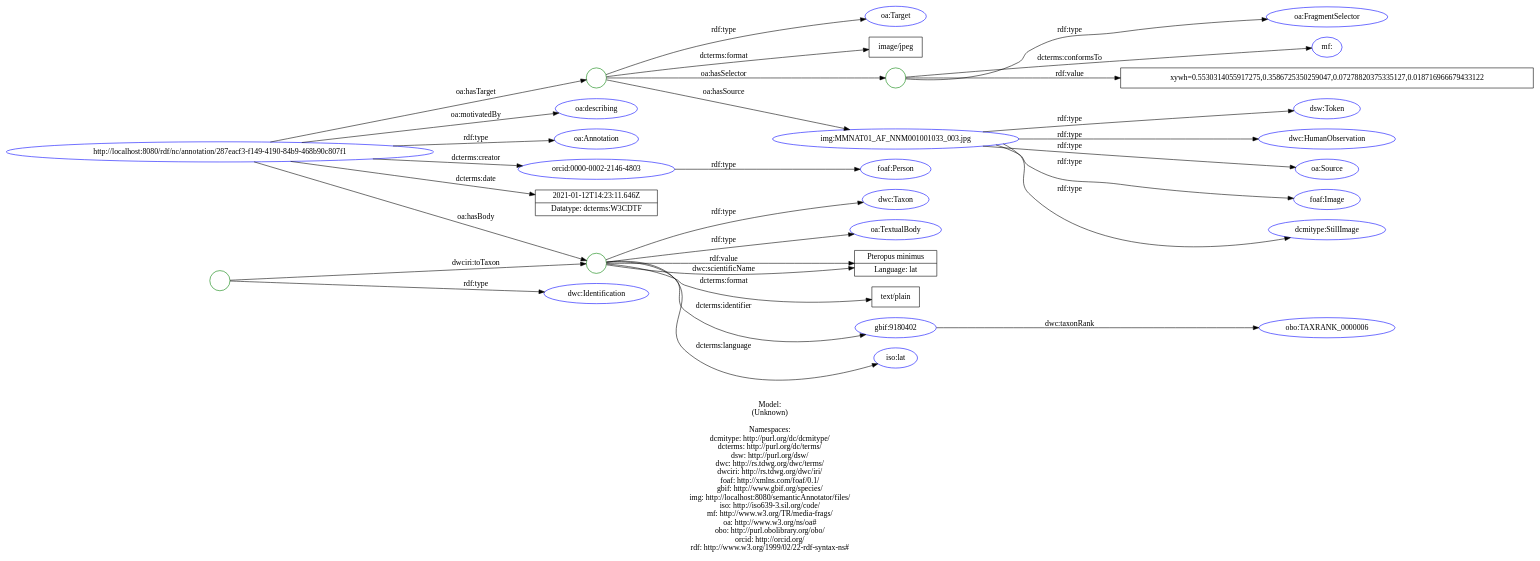
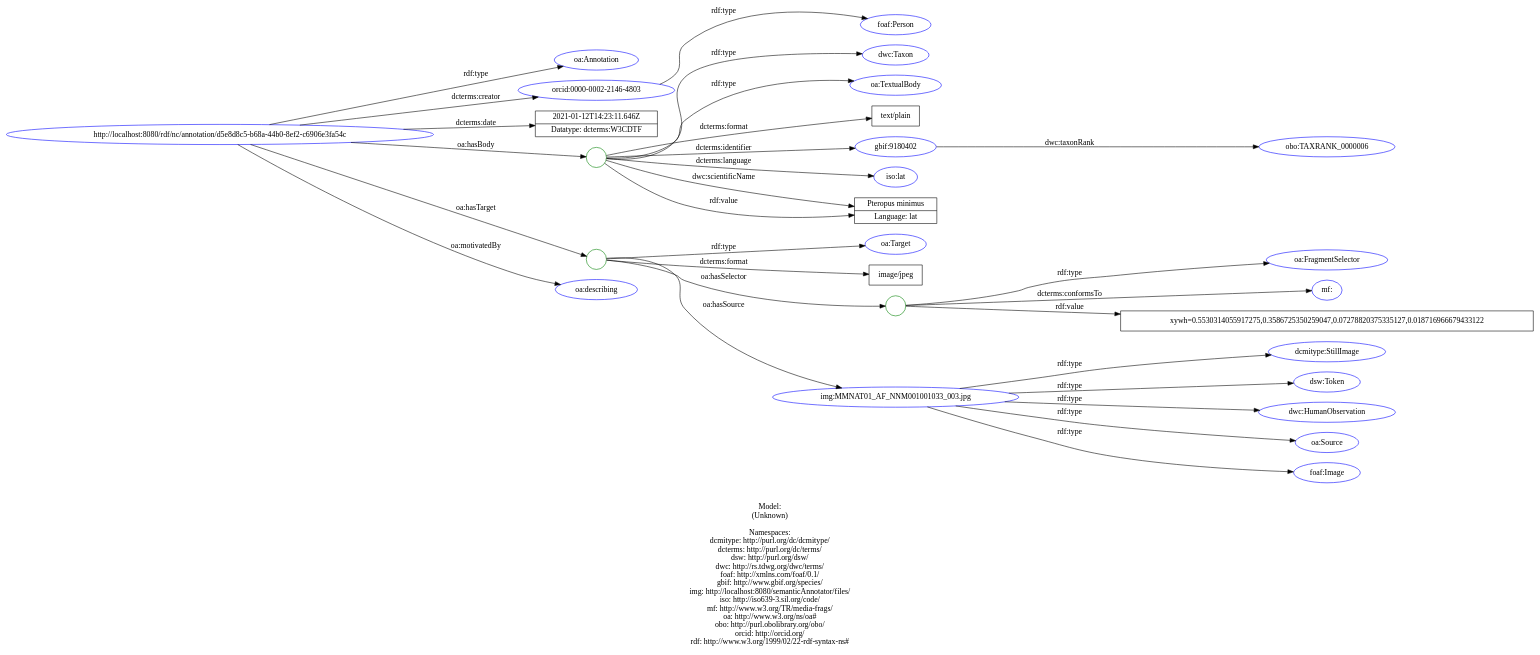
Before and after one commit to lisestork/SFB-Annotator: the diagram in doc/models/example_1_1.dot, drawn with Graphviz. The commit also changed 21 other files, not shown here.

Commit message:
Update data model: example 1_1 #81. - remove triples with dwc:Identification

```diff
--- a/doc/models/example_1_1.dot
+++ b/doc/models/example_1_1.dot
@@ -1,71 +1,67 @@
 digraph {
 	rankdir = LR;
 	charset="utf-8";
 
-	"Rhttp://localhost:8080/rdf/nc/annotation/287eacf3-f149-4190-84b9-468b90c807f1" -> "Roa:Annotation" [ label="rdf:type" ];
-	"Rhttp://localhost:8080/rdf/nc/annotation/287eacf3-f149-4190-84b9-468b90c807f1" -> "Rorcid:0000-0002-2146-4803" [ label="dcterms:creator" ];
-	"Rhttp://localhost:8080/rdf/nc/annotation/287eacf3-f149-4190-84b9-468b90c807f1" -> "L2021-01-12T14:23:11.646Z|Datatype: dcterms:W3CDTF" [ label="dcterms:date" ];
-	"Rhttp://localhost:8080/rdf/nc/annotation/287eacf3-f149-4190-84b9-468b90c807f1" -> "B_:node1f09255tgx9" [ label="oa:hasBody" ];
-	"B_:node1f09255tgx9" -> "Rdwc:Taxon" [ label="rdf:type" ];
-	"B_:node1f09255tgx9" -> "Roa:TextualBody" [ label="rdf:type" ];
-	"B_:node1f09255tgx9" -> "Ltext/plain" [ label="dcterms:format" ];
-	"B_:node1f09255tgx9" -> "Rgbif:9180402" [ label="dcterms:identifier" ];
-	"B_:node1f09255tgx9" -> "Riso:lat" [ label="dcterms:language" ];
-	"B_:node1f09255tgx9" -> "LPteropus minimus|Language: lat" [ label="dwc:scientificName" ];
-	"B_:node1f09255tgx9" -> "LPteropus minimus|Language: lat" [ label="rdf:value" ];
-	"Rhttp://localhost:8080/rdf/nc/annotation/287eacf3-f149-4190-84b9-468b90c807f1" -> "B_:node1f09255tgx8" [ label="oa:hasTarget" ];
-	"B_:node1f09255tgx8" -> "Roa:Target" [ label="rdf:type" ];
-	"B_:node1f09255tgx8" -> "Limage/jpeg" [ label="dcterms:format" ];
-	"B_:node1f09255tgx8" -> "B_:node1f09255tgx11" [ label="oa:hasSelector" ];
-	"B_:node1f09255tgx11" -> "Roa:FragmentSelector" [ label="rdf:type" ];
-	"B_:node1f09255tgx11" -> "Rmf:" [ label="dcterms:conformsTo" ];
-	"B_:node1f09255tgx11" -> "Lxywh=0.5530314055917275,0.3586725350259047,0.07278820375335127,0.018716966679433122" [ label="rdf:value" ];
-	"B_:node1f09255tgx8" -> "Rimg:MMNAT01_AF_NNM001001033_003.jpg" [ label="oa:hasSource" ];
-	"Rhttp://localhost:8080/rdf/nc/annotation/287eacf3-f149-4190-84b9-468b90c807f1" -> "Roa:describing" [ label="oa:motivatedBy" ];
+	"Rhttp://localhost:8080/rdf/nc/annotation/d5e8d8c5-b68a-44b0-8ef2-c6906e3fa54c" -> "Roa:Annotation" [ label="rdf:type" ];
+	"Rhttp://localhost:8080/rdf/nc/annotation/d5e8d8c5-b68a-44b0-8ef2-c6906e3fa54c" -> "Rorcid:0000-0002-2146-4803" [ label="dcterms:creator" ];
+	"Rhttp://localhost:8080/rdf/nc/annotation/d5e8d8c5-b68a-44b0-8ef2-c6906e3fa54c" -> "L2021-01-12T14:23:11.646Z|Datatype: dcterms:W3CDTF" [ label="dcterms:date" ];
+	"Rhttp://localhost:8080/rdf/nc/annotation/d5e8d8c5-b68a-44b0-8ef2-c6906e3fa54c" -> "B_:node1f0go8rutx2" [ label="oa:hasBody" ];
+	"B_:node1f0go8rutx2" -> "Rdwc:Taxon" [ label="rdf:type" ];
+	"B_:node1f0go8rutx2" -> "Roa:TextualBody" [ label="rdf:type" ];
+	"B_:node1f0go8rutx2" -> "Ltext/plain" [ label="dcterms:format" ];
+	"B_:node1f0go8rutx2" -> "Rgbif:9180402" [ label="dcterms:identifier" ];
+	"B_:node1f0go8rutx2" -> "Riso:lat" [ label="dcterms:language" ];
+	"B_:node1f0go8rutx2" -> "LPteropus minimus|Language: lat" [ label="dwc:scientificName" ];
+	"B_:node1f0go8rutx2" -> "LPteropus minimus|Language: lat" [ label="rdf:value" ];
+	"Rhttp://localhost:8080/rdf/nc/annotation/d5e8d8c5-b68a-44b0-8ef2-c6906e3fa54c" -> "B_:node1f0go8rutx1" [ label="oa:hasTarget" ];
+	"B_:node1f0go8rutx1" -> "Roa:Target" [ label="rdf:type" ];
+	"B_:node1f0go8rutx1" -> "Limage/jpeg" [ label="dcterms:format" ];
+	"B_:node1f0go8rutx1" -> "B_:node1f0go8rutx4" [ label="oa:hasSelector" ];
+	"B_:node1f0go8rutx4" -> "Roa:FragmentSelector" [ label="rdf:type" ];
+	"B_:node1f0go8rutx4" -> "Rmf:" [ label="dcterms:conformsTo" ];
+	"B_:node1f0go8rutx4" -> "Lxywh=0.5530314055917275,0.3586725350259047,0.07278820375335127,0.018716966679433122" [ label="rdf:value" ];
+	"B_:node1f0go8rutx1" -> "Rimg:MMNAT01_AF_NNM001001033_003.jpg" [ label="oa:hasSource" ];
+	"Rhttp://localhost:8080/rdf/nc/annotation/d5e8d8c5-b68a-44b0-8ef2-c6906e3fa54c" -> "Roa:describing" [ label="oa:motivatedBy" ];
 	"Rorcid:0000-0002-2146-4803" -> "Rfoaf:Person" [ label="rdf:type" ];
 	"Rimg:MMNAT01_AF_NNM001001033_003.jpg" -> "Rdcmitype:StillImage" [ label="rdf:type" ];
 	"Rimg:MMNAT01_AF_NNM001001033_003.jpg" -> "Rdsw:Token" [ label="rdf:type" ];
 	"Rimg:MMNAT01_AF_NNM001001033_003.jpg" -> "Rdwc:HumanObservation" [ label="rdf:type" ];
 	"Rimg:MMNAT01_AF_NNM001001033_003.jpg" -> "Roa:Source" [ label="rdf:type" ];
 	"Rimg:MMNAT01_AF_NNM001001033_003.jpg" -> "Rfoaf:Image" [ label="rdf:type" ];
 	"Rgbif:9180402" -> "Robo:TAXRANK_0000006" [ label="dwc:taxonRank" ];
-	"B_:node1f09255tgx7" -> "Rdwc:Identification" [ label="rdf:type" ];
-	"B_:node1f09255tgx7" -> "B_:node1f09255tgx9" [ label="dwciri:toTaxon" ];
 
 	// Resources
-	"Rhttp://localhost:8080/rdf/nc/annotation/287eacf3-f149-4190-84b9-468b90c807f1" [ label="http://localhost:8080/rdf/nc/annotation/287eacf3-f149-4190-84b9-468b90c807f1", shape = ellipse, color = blue ];
+	"Rhttp://localhost:8080/rdf/nc/annotation/d5e8d8c5-b68a-44b0-8ef2-c6906e3fa54c" [ label="http://localhost:8080/rdf/nc/annotation/d5e8d8c5-b68a-44b0-8ef2-c6906e3fa54c", shape = ellipse, color = blue ];
 	"Roa:Annotation" [ label="oa:Annotation", shape = ellipse, color = blue ];
 	"Rorcid:0000-0002-2146-4803" [ label="orcid:0000-0002-2146-4803", shape = ellipse, color = blue ];
 	"Rdwc:Taxon" [ label="dwc:Taxon", shape = ellipse, color = blue ];
 	"Roa:TextualBody" [ label="oa:TextualBody", shape = ellipse, color = blue ];
 	"Rgbif:9180402" [ label="gbif:9180402", shape = ellipse, color = blue ];
 	"Riso:lat" [ label="iso:lat", shape = ellipse, color = blue ];
 	"Roa:Target" [ label="oa:Target", shape = ellipse, color = blue ];
 	"Roa:FragmentSelector" [ label="oa:FragmentSelector", shape = ellipse, color = blue ];
 	"Rmf:" [ label="mf:", shape = ellipse, color = blue ];
 	"Rimg:MMNAT01_AF_NNM001001033_003.jpg" [ label="img:MMNAT01_AF_NNM001001033_003.jpg", shape = ellipse, color = blue ];
 	"Roa:describing" [ label="oa:describing", shape = ellipse, color = blue ];
 	"Rfoaf:Person" [ label="foaf:Person", shape = ellipse, color = blue ];
 	"Rdcmitype:StillImage" [ label="dcmitype:StillImage", shape = ellipse, color = blue ];
 	"Rdsw:Token" [ label="dsw:Token", shape = ellipse, color = blue ];
 	"Rdwc:HumanObservation" [ label="dwc:HumanObservation", shape = ellipse, color = blue ];
 	"Roa:Source" [ label="oa:Source", shape = ellipse, color = blue ];
 	"Rfoaf:Image" [ label="foaf:Image", shape = ellipse, color = blue ];
 	"Robo:TAXRANK_0000006" [ label="obo:TAXRANK_0000006", shape = ellipse, color = blue ];
-	"Rdwc:Identification" [ label="dwc:Identification", shape = ellipse, color = blue ];
 
 	// Anonymous nodes
-	"B_:node1f09255tgx9" [ label="", shape = circle, color = green ];
-	"B_:node1f09255tgx8" [ label="", shape = circle, color = green ];
-	"B_:node1f09255tgx11" [ label="", shape = circle, color = green ];
-	"B_:node1f09255tgx7" [ label="", shape = circle, color = green ];
+	"B_:node1f0go8rutx2" [ label="", shape = circle, color = green ];
+	"B_:node1f0go8rutx1" [ label="", shape = circle, color = green ];
+	"B_:node1f0go8rutx4" [ label="", shape = circle, color = green ];
 
 	// Literals
 	"L2021-01-12T14:23:11.646Z|Datatype: dcterms:W3CDTF" [ label="2021-01-12T14:23:11.646Z|Datatype: dcterms:W3CDTF", shape = record ];
 	"Ltext/plain" [ label="text/plain", shape = record ];
 	"LPteropus minimus|Language: lat" [ label="Pteropus minimus|Language: lat", shape = record ];
 	"Limage/jpeg" [ label="image/jpeg", shape = record ];
 	"Lxywh=0.5530314055917275,0.3586725350259047,0.07278820375335127,0.018716966679433122" [ label="xywh=0.5530314055917275,0.3586725350259047,0.07278820375335127,0.018716966679433122", shape = record ];
 
-	label="\n\nModel:\n(Unknown)\n\nNamespaces:\ndcmitype: http://purl.org/dc/dcmitype/\ndcterms: http://purl.org/dc/terms/\ndsw: http://purl.org/dsw/\ndwc: http://rs.tdwg.org/dwc/terms/\ndwciri: http://rs.tdwg.org/dwc/iri/\nfoaf: http://xmlns.com/foaf/0.1/\ngbif: http://www.gbif.org/species/\nimg: http://localhost:8080/semanticAnnotator/files/\niso: http://iso639-3.sil.org/code/\nmf: http://www.w3.org/TR/media-frags/\noa: http://www.w3.org/ns/oa#\nobo: http://purl.obolibrary.org/obo/\norcid: http://orcid.org/\nrdf: http://www.w3.org/1999/02/22-rdf-syntax-ns#\n";
+	label="\n\nModel:\n(Unknown)\n\nNamespaces:\ndcmitype: http://purl.org/dc/dcmitype/\ndcterms: http://purl.org/dc/terms/\ndsw: http://purl.org/dsw/\ndwc: http://rs.tdwg.org/dwc/terms/\nfoaf: http://xmlns.com/foaf/0.1/\ngbif: http://www.gbif.org/species/\nimg: http://localhost:8080/semanticAnnotator/files/\niso: http://iso639-3.sil.org/code/\nmf: http://www.w3.org/TR/media-frags/\noa: http://www.w3.org/ns/oa#\nobo: http://purl.obolibrary.org/obo/\norcid: http://orcid.org/\nrdf: http://www.w3.org/1999/02/22-rdf-syntax-ns#\n";
 }
```
